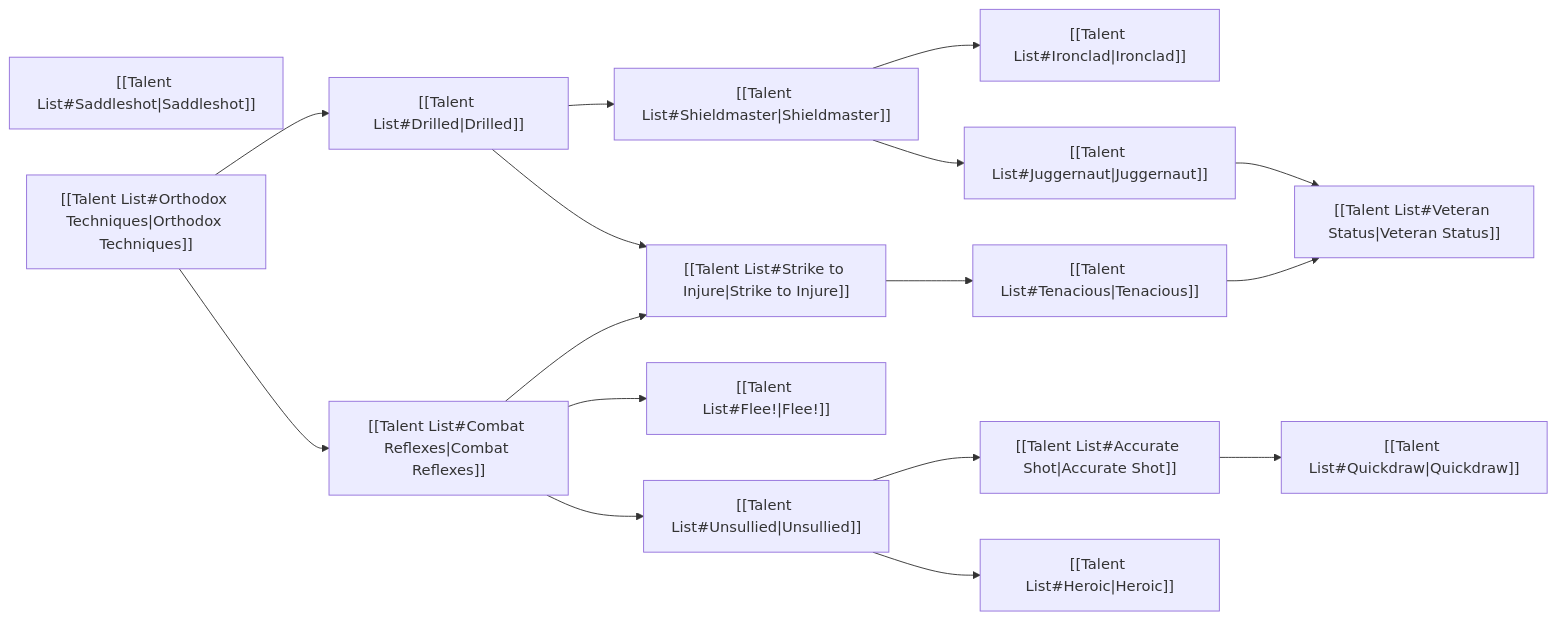
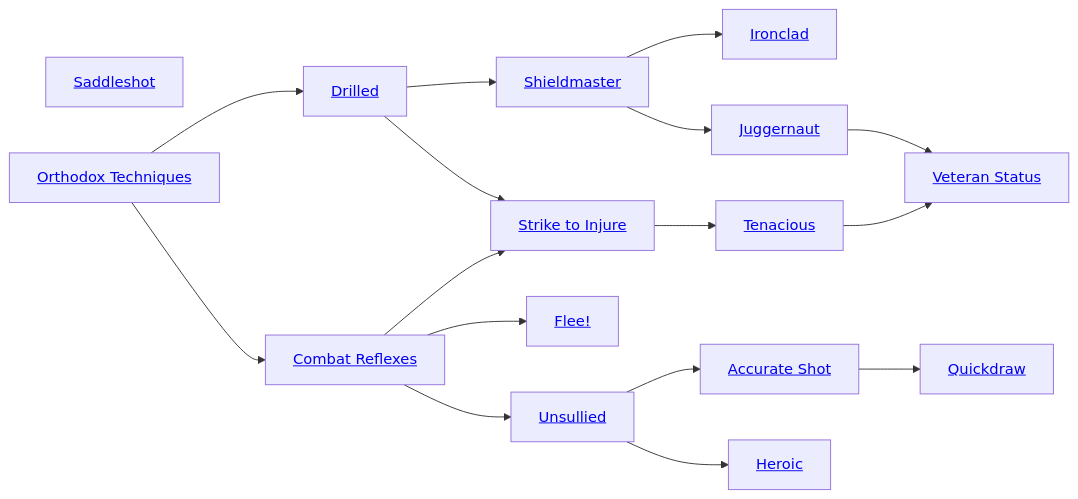
Before and after one commit to donutrj/verdigris: the eighth of 9 diagrams in quartz/content/Characters/Talents/Talent Trees.md, drawn with Mermaid. The commit also changed other lines of this file, not shown here.

First line of the commit message:
Convert Mermaid links to functional web links using Python script

````diff
--- a/quartz/content/Characters/Talents/Talent Trees.md
+++ b/quartz/content/Characters/Talents/Talent Trees.md
@@ -240,35 +240,35 @@
 ``` mermaid
 graph LR
 
-A["[[Talent List#Accurate Shot|Accurate Shot]]"]
-B["[[Talent List#Combat Reflexes|Combat Reflexes]]"]
-C["[[Talent List#Drilled|Drilled]]"]
-D["[[Talent List#Flee!|Flee!]]"]
-E["[[Talent List#Heroic|Heroic]]"]
-F["[[Talent List#Ironclad|Ironclad]]"]
-G["[[Talent List#Juggernaut|Juggernaut]]"]
-H["[[Talent List#Saddleshot|Saddleshot]]"]
-I["[[Talent List#Shieldmaster|Shieldmaster]]"]
-J["[[Talent List#Strike to Injure|Strike to Injure]]"]
-K["[[Talent List#Orthodox Techniques|Orthodox Techniques]]"]
-L["[[Talent List#Tenacious|Tenacious]]"]
-M["[[Talent List#Unsullied|Unsullied]]"]
-N["[[Talent List#Veteran Status|Veteran Status]]"]
-O["[[Talent List#Quickdraw|Quickdraw]]"]
+A[<a href="/Characters/Talents/talent-list#accurate-shot">Accurate Shot</a>]
+B[<a href="/Characters/Talents/talent-list#combat-reflexes">Combat Reflexes</a>]
+C[<a href="/Characters/Talents/talent-list#drilled">Drilled</a>]
+D[<a href="/Characters/Talents/talent-list#flee">Flee!</a>]
+E[<a href="/Characters/Talents/talent-list#heroic">Heroic</a>]
+F[<a href="/Characters/Talents/talent-list#ironclad">Ironclad</a>]
+G[<a href="/Characters/Talents/talent-list#juggernaut">Juggernaut</a>]
+H[<a href="/Characters/Talents/talent-list#saddleshot">Saddleshot</a>]
+I[<a href="/Characters/Talents/talent-list#shieldmaster">Shieldmaster</a>]
+J[<a href="/Characters/Talents/talent-list#strike-to-injure">Strike to Injure</a>]
+K[<a href="/Characters/Talents/talent-list#orthodox-techniques">Orthodox Techniques</a>]
+L[<a href="/Characters/Talents/talent-list#tenacious">Tenacious</a>]
+M[<a href="/Characters/Talents/talent-list#unsullied">Unsullied</a>]
+N[<a href="/Characters/Talents/talent-list#veteran-status">Veteran Status</a>]
+O[<a href="/Characters/Talents/talent-list#quickdraw">Quickdraw</a>]
 
 K --> C
 K --> B
 C --> I
 C --> J
 B --> J
 B --> D
 B --> M
 I --> F
 I --> G
 J --> L
 L --> N
 G --> N
 M --> A
 A --> O
 M --> E
 ```
````
